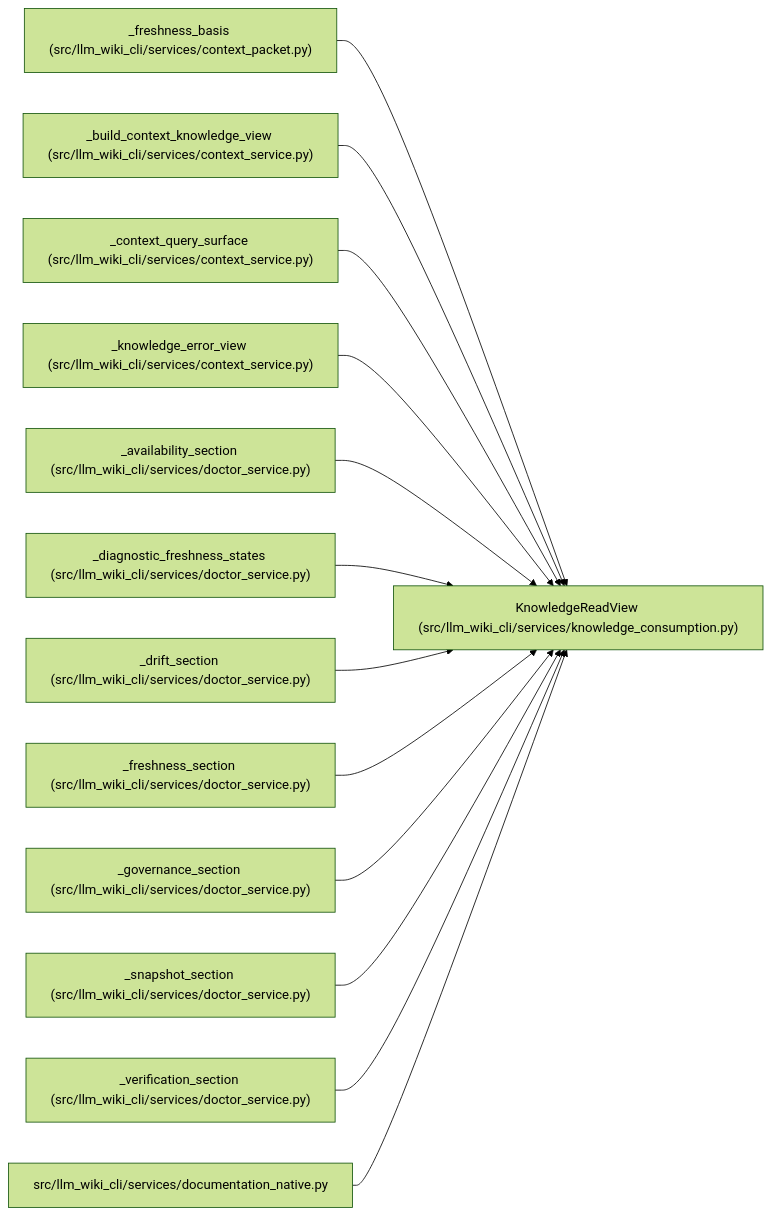
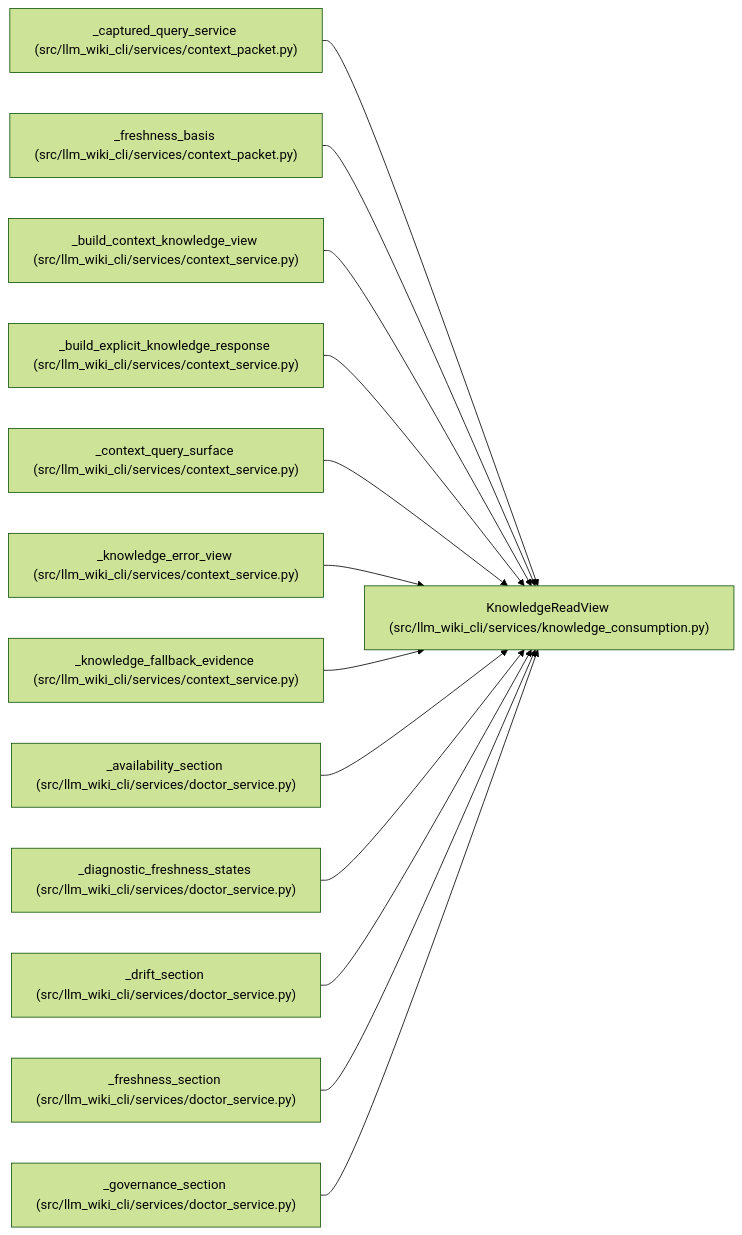
The diagram in docs/llm_wiki/entities/KnowledgeReadView.md (Denissvgn/python-wiki-llm), drawn with Mermaid (forest theme) before and after one commit. The commit also changed other lines of this file and 364 other files, not shown here.

````diff
--- a/docs/llm_wiki/entities/KnowledgeReadView.md
+++ b/docs/llm_wiki/entities/KnowledgeReadView.md
@@ -48,41 +48,41 @@
 ```mermaid
 flowchart LR
     n0["KnowledgeReadView (src/llm_wiki_cli/services/knowledge_consumption.py)"]
-    n1["_freshness_basis (src/llm_wiki_cli/services/context_packet.py)"]
-    n2["_build_context_knowledge_view (src/llm_wiki_cli/services/context_service.py)"]
-    n3["_context_query_surface (src/llm_wiki_cli/services/context_service.py)"]
-    n4["_knowledge_error_view (src/llm_wiki_cli/services/context_service.py)"]
-    n5["_availability_section (src/llm_wiki_cli/services/doctor_service.py)"]
-    n6["_diagnostic_freshness_states (src/llm_wiki_cli/services/doctor_service.py)"]
-    n7["_drift_section (src/llm_wiki_cli/services/doctor_service.py)"]
-    n8["_freshness_section (src/llm_wiki_cli/services/doctor_service.py)"]
-    n9["_governance_section (src/llm_wiki_cli/services/doctor_service.py)"]
-    n10["_snapshot_section (src/llm_wiki_cli/services/doctor_service.py)"]
-    n11["_verification_section (src/llm_wiki_cli/services/doctor_service.py)"]
-    n12["src/llm_wiki_cli/services/documentation_native.py"]
+    n1["_captured_query_service (src/llm_wiki_cli/services/context_packet.py)"]
+    n2["_freshness_basis (src/llm_wiki_cli/services/context_packet.py)"]
+    n3["_build_context_knowledge_view (src/llm_wiki_cli/services/context_service.py)"]
+    n4["_build_explicit_knowledge_response (src/llm_wiki_cli/services/context_service.py)"]
+    n5["_context_query_surface (src/llm_wiki_cli/services/context_service.py)"]
+    n6["_knowledge_error_view (src/llm_wiki_cli/services/context_service.py)"]
+    n7["_knowledge_fallback_evidence (src/llm_wiki_cli/services/context_service.py)"]
+    n8["_availability_section (src/llm_wiki_cli/services/doctor_service.py)"]
+    n9["_diagnostic_freshness_states (src/llm_wiki_cli/services/doctor_service.py)"]
+    n10["_drift_section (src/llm_wiki_cli/services/doctor_service.py)"]
+    n11["_freshness_section (src/llm_wiki_cli/services/doctor_service.py)"]
+    n12["_governance_section (src/llm_wiki_cli/services/doctor_service.py)"]
     n1 --> n0
     n2 --> n0
     n3 --> n0
     n4 --> n0
     n5 --> n0
     n6 --> n0
     n7 --> n0
     n8 --> n0
     n9 --> n0
     n10 --> n0
     n11 --> n0
     n12 --> n0
     click n0 "../modules/knowledge_consumption.md"
     click n1 "../modules/context_packet.md"
-    click n2 "../modules/context_service.md"
+    click n2 "../modules/context_packet.md"
     click n3 "../modules/context_service.md"
     click n4 "../modules/context_service.md"
-    click n5 "../modules/doctor_service.md"
-    click n6 "../modules/doctor_service.md"
-    click n7 "../modules/doctor_service.md"
+    click n5 "../modules/context_service.md"
+    click n6 "../modules/context_service.md"
+    click n7 "../modules/context_service.md"
     click n8 "../modules/doctor_service.md"
     click n9 "../modules/doctor_service.md"
     click n10 "../modules/doctor_service.md"
     click n11 "../modules/doctor_service.md"
-    click n12 "../modules/documentation_native.md"
+    click n12 "../modules/doctor_service.md"
 ```
````
